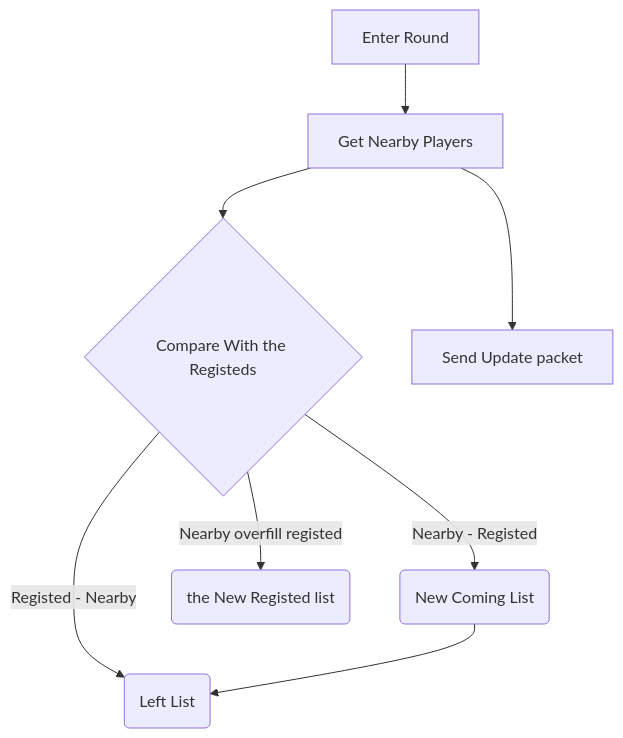
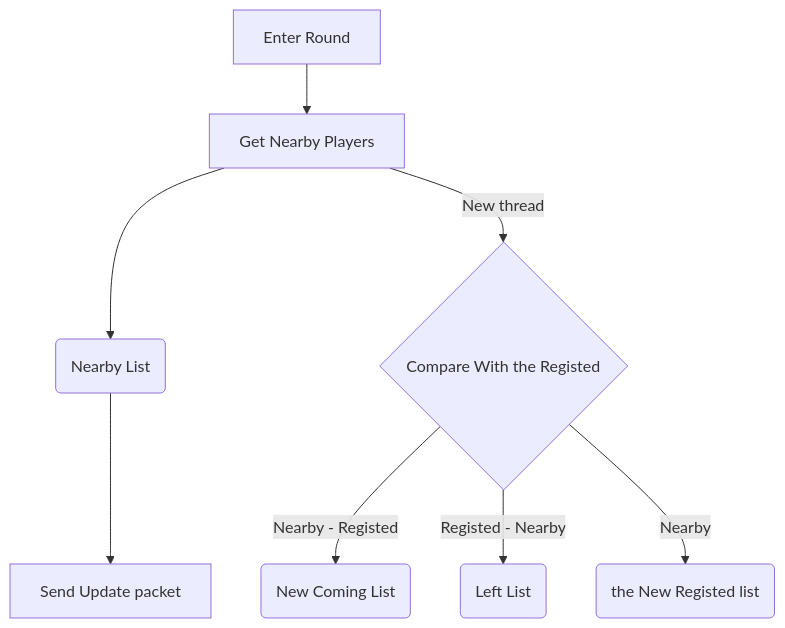
The diagram in weeks/week2.md (kkj9333/Get-jobs-for-my-cat), drawn with Mermaid before and after one commit. The commit also changed other lines of this file, not shown here.

````diff
--- a/weeks/week2.md
+++ b/weeks/week2.md
@@ -34,10 +34,10 @@
 ```mermaid
   flowchart  TD;
-      A[Enter Round]-->B1[Get Nearby Players];
-      B1-->B2{Compare With the Registeds};
+      A[Enter Round]-->B0[Get Nearby Players];
+      B0-->B1(Nearby List);
+      B0-->|New thread|B2{Compare With the Registed};
       B2-->|Nearby - Registed|C(New Coming List);
       B2-->|Registed - Nearby|D(Left List);
-      B2-->|Nearby overfill registed|E(the New Registed list);
-      B1-->F[Send Update packet]
-      C-->D;
+      B2-->|Nearby|E(the New Registed list);
+      B1-->F[Send Update packet];
 ```
````
